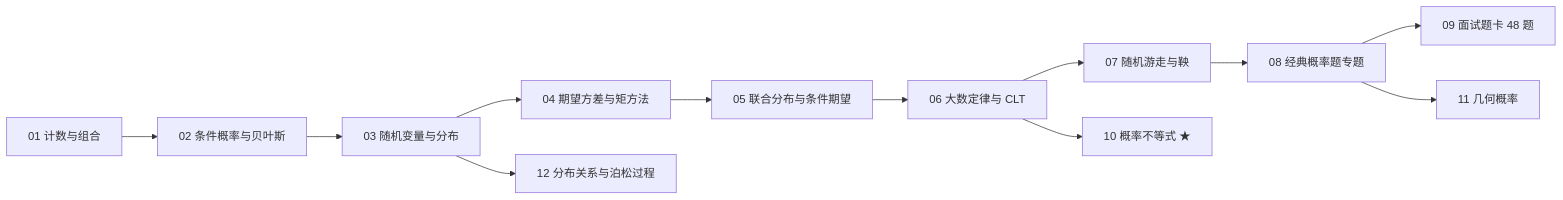
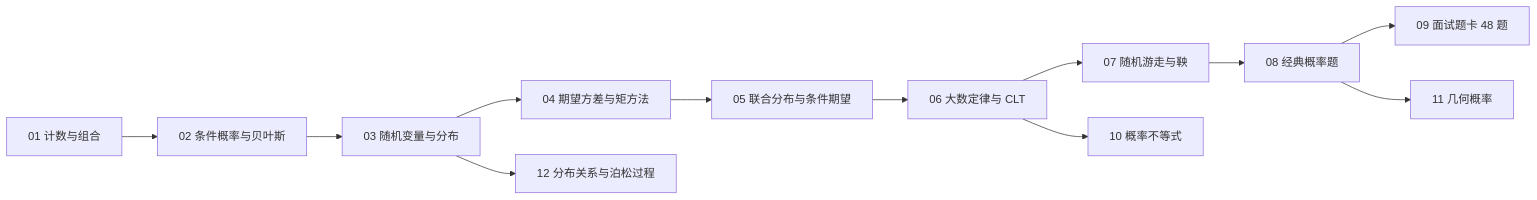
One commit to Aayloo/statistics-for-qs changed the diagram in 01_probability/README.md. Above: the diagram before and after it, drawn with Mermaid. The commit also changed other lines of this file and 1 other file, not shown here.

````diff
--- a/01_probability/README.md
+++ b/01_probability/README.md
@@ -9,14 +19,14 @@
 ```mermaid
 flowchart LR
     C1[01 计数与组合] --> C2[02 条件概率与贝叶斯]
     C2 --> C3[03 随机变量与分布]
     C3 --> C4[04 期望方差与矩方法]
     C4 --> C5[05 联合分布与条件期望]
     C5 --> C6[06 大数定律与 CLT]
     C6 --> C7[07 随机游走与鞅]
-    C6 --> C10[10 概率不等式 ★]
-    C7 --> C8[08 经典概率题专题]
+    C6 --> C10[10 概率不等式]
+    C7 --> C8[08 经典概率题]
     C8 --> C9[09 面试题卡 48 题]
     C8 --> C11[11 几何概率]
     C3 --> C12[12 分布关系与泊松过程]
 ```
````
